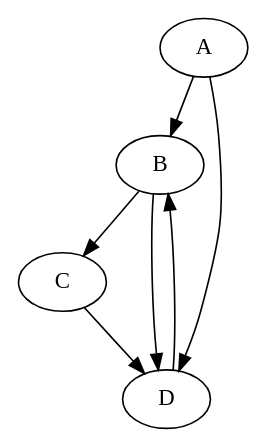
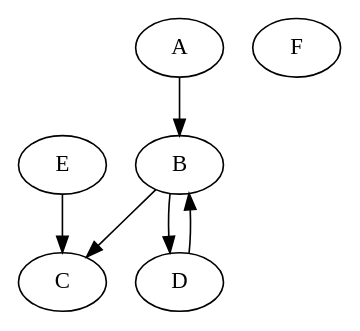
The diagram in src/main/resources/color.dot (joshrussell170/CSE4642023), drawn with Graphviz before and after one commit. The commit also changed 3 other files, not shown here.

```diff
--- a/src/main/resources/color.dot
+++ b/src/main/resources/color.dot
@@ -1,15 +1,16 @@
 digraph G {
     // Define nodes
     A;
     B;
     C;
     D;
+    E;
+    F;
 
     // Define directed edges
     A -> B;
-    A -> D;
-    D -> B;
     B -> C;
     B -> D;
-    C -> D;
+    E -> C;
+    D -> B;
 }
```
